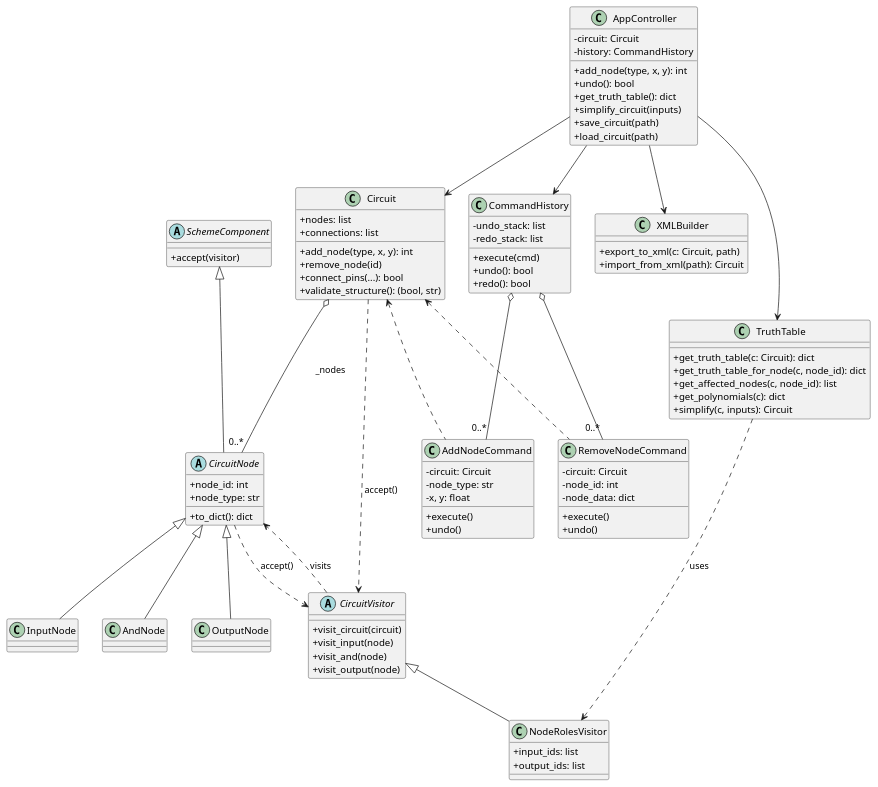
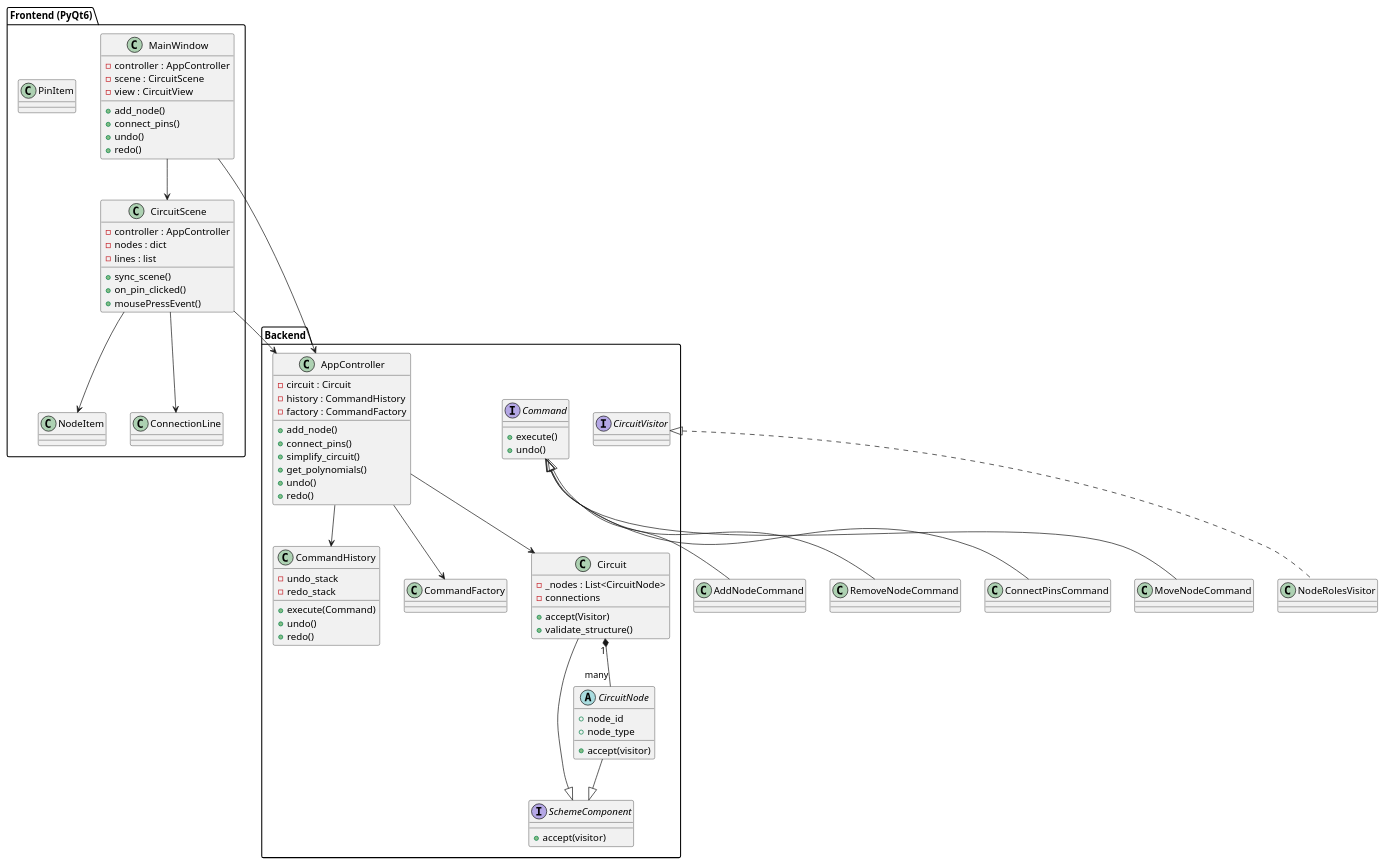
The diagram in docs/uml/class_diagram.puml (KuzmunKirill3384/boolean_circuit_editor), drawn with PlantUML before and after one commit. The commit also changed 13 other files, not shown here.

Commit message:
Update and add UML diagrams

```diff
--- a/docs/uml/class_diagram.puml
+++ b/docs/uml/class_diagram.puml
@@ -1,107 +1,98 @@
-@startuml
-skinparam classAttributeIconSize 0
+@startuml Class Diagram - Boolean Circuit Editor
 
-abstract class SchemeComponent {
-  +accept(visitor)
+package "Frontend (PyQt6)" {
+    class MainWindow {
+        -controller : AppController
+        -scene : CircuitScene
+        -view : CircuitView
+        +add_node()
+        +connect_pins()
+        +undo()
+        +redo()
+    }
+
+    class CircuitScene {
+        -controller : AppController
+        -nodes : dict
+        -lines : list
+        +sync_scene()
+        +on_pin_clicked()
+        +mousePressEvent()
+    }
+
+    class NodeItem
+    class PinItem
+    class ConnectionLine
 }
 
-abstract class CircuitNode {
-  +node_id: int
-  +node_type: str
-  +to_dict(): dict
+package "Backend" {
+    class AppController {
+        -circuit : Circuit
+        -history : CommandHistory
+        -factory : CommandFactory
+        +add_node()
+        +connect_pins()
+        +simplify_circuit()
+        +get_polynomials()
+        +undo()
+        +redo()
+    }
+
+    interface Command {
+        +execute()
+        +undo()
+    }
+
+    class CommandHistory {
+        -undo_stack
+        -redo_stack
+        +execute(Command)
+        +undo()
+        +redo()
+    }
+
+    class CommandFactory
+
+    class Circuit {
+        -_nodes : List<CircuitNode>
+        -connections
+        +accept(Visitor)
+        +validate_structure()
+    }
+
+    interface SchemeComponent {
+        +accept(visitor)
+    }
+
+    abstract class CircuitNode {
+        +node_id
+        +node_type
+        +accept(visitor)
+    }
+
+    interface CircuitVisitor
 }
 
-class InputNode
-class AndNode
-class OutputNode
-
-abstract class CircuitVisitor {
-  +visit_circuit(circuit)
-  +visit_input(node)
-  +visit_and(node)
-  +visit_output(node)
-}
-
-class NodeRolesVisitor {
-  +input_ids: list
-  +output_ids: list
-}
-
-SchemeComponent <|-- CircuitNode
-CircuitNode <|-- InputNode
-CircuitNode <|-- AndNode
-CircuitNode <|-- OutputNode
-CircuitVisitor <|-- NodeRolesVisitor
-CircuitVisitor ..> CircuitNode : visits
-CircuitNode ..> CircuitVisitor : accept()
-
-class Circuit {
-  +nodes: list
-  +connections: list
-  +add_node(type, x, y): int
-  +remove_node(id)
-  +connect_pins(...): bool
-  +validate_structure(): (bool, str)
-}
-
-class AddNodeCommand {
-  -circuit: Circuit
-  -node_type: str
-  -x, y: float
-  +execute()
-  +undo()
-}
-
-class RemoveNodeCommand {
-  -circuit: Circuit
-  -node_id: int
-  -node_data: dict
-  +execute()
-  +undo()
-}
-
-class CommandHistory {
-  -undo_stack: list
-  -redo_stack: list
-  +execute(cmd)
-  +undo(): bool
-  +redo(): bool
-}
-
-class AppController {
-  -circuit: Circuit
-  -history: CommandHistory
-  +add_node(type, x, y): int
-  +undo(): bool
-  +get_truth_table(): dict
-  +simplify_circuit(inputs)
-  +save_circuit(path)
-  +load_circuit(path)
-}
-
-class XMLBuilder {
-  +export_to_xml(c: Circuit, path)
-  +import_from_xml(path): Circuit
-}
-
-class TruthTable {
-  +get_truth_table(c: Circuit): dict
-  +get_truth_table_for_node(c, node_id): dict
-  +get_affected_nodes(c, node_id): list
-  +get_polynomials(c): dict
-  +simplify(c, inputs): Circuit
-}
-
-Circuit <.. AddNodeCommand
-Circuit <.. RemoveNodeCommand
-CommandHistory o-- "0..*" AddNodeCommand
-CommandHistory o-- "0..*" RemoveNodeCommand
-Circuit o-- "0..*" CircuitNode : _nodes
-Circuit ..> CircuitVisitor : accept()
+' Relationships
+MainWindow --> AppController
+MainWindow --> CircuitScene
+CircuitScene --> NodeItem
+CircuitScene --> ConnectionLine
+CircuitScene --> AppController
 
 AppController --> Circuit
 AppController --> CommandHistory
-AppController --> XMLBuilder
-AppController --> TruthTable
-TruthTable ..> NodeRolesVisitor : uses
+AppController --> CommandFactory
+
+Circuit "1" *-- "many" CircuitNode
+Circuit --|> SchemeComponent
+CircuitNode --|> SchemeComponent
+
+Command <|-- AddNodeCommand
+Command <|-- RemoveNodeCommand
+Command <|-- ConnectPinsCommand
+Command <|-- MoveNodeCommand
+
+CircuitVisitor <|.. NodeRolesVisitor
+
 @enduml
```
